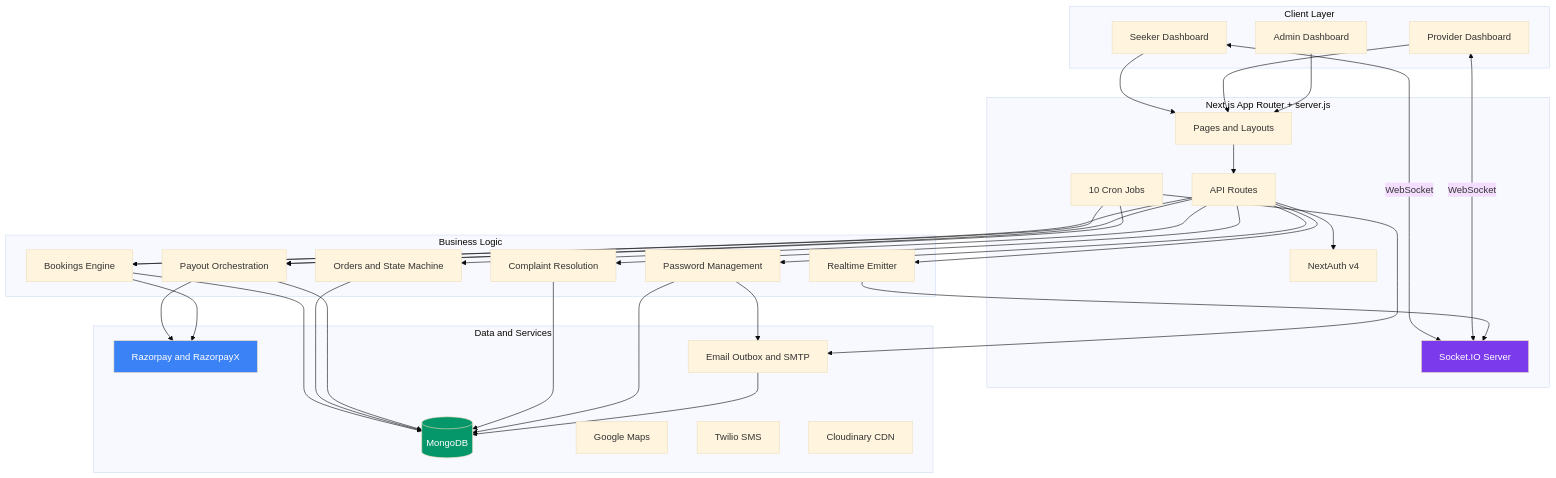
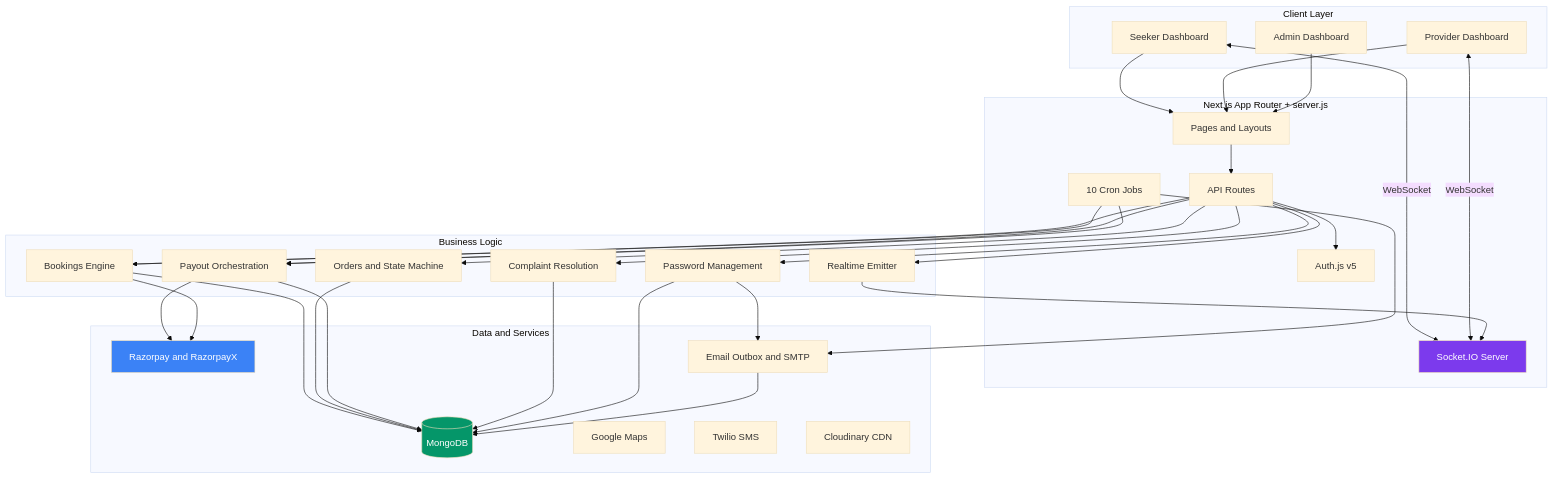
The ninth of 14 diagrams in docs/CODEBASE_UNDERSTANDING.md (ashfakhm/laundry-ease), drawn with Mermaid (base theme) before and after one commit. The commit also changed other lines of this file and 3 other files, not shown here.

````diff
--- a/docs/CODEBASE_UNDERSTANDING.md
+++ b/docs/CODEBASE_UNDERSTANDING.md
@@ -1446,65 +1446,65 @@
 ```mermaid
 graph TB
     subgraph ClientLayer[Client Layer]
         S[Seeker Dashboard]
         P[Provider Dashboard]
         A[Admin Dashboard]
     end
 
     subgraph AppRouter[Next.js App Router + server.js]
         Pages[Pages and Layouts]
         API[API Routes]
-        Auth[NextAuth v4]
+        Auth[Auth.js v5]
         Cron[10 Cron Jobs]
         SIO[Socket.IO Server]
     end
 
     subgraph BusinessLogic[Business Logic]
         BK[Bookings Engine]
         OR[Orders and State Machine]
         PY[Payout Orchestration]
         CR[Complaint Resolution]
         PW[Password Management]
         RT[Realtime Emitter]
     end
 
     subgraph DataServices[Data and Services]
         DB[(MongoDB)]
         RZ[Razorpay and RazorpayX]
         EM[Email Outbox and SMTP]
         GM[Google Maps]
         TW[Twilio SMS]
         CL[Cloudinary CDN]
     end
 
     S --> Pages
     P --> Pages
     A --> Pages
     S <-->|WebSocket| SIO
     P <-->|WebSocket| SIO
     Pages --> API
     API --> Auth
     API --> BK
     API --> OR
     API --> PY
     API --> CR
     API --> PW
     API --> RT
     RT --> SIO
     Cron --> BK
     Cron --> PY
     Cron --> EM
     BK --> DB
     OR --> DB
     PY --> RZ
     PY --> DB
     CR --> DB
     PW --> DB
     PW --> EM
     EM --> DB
     BK --> RZ
 
     style DB fill:#059669,color:#fff
     style RZ fill:#3b82f6,color:#fff
     style SIO fill:#7c3aed,color:#fff
 ```
````
